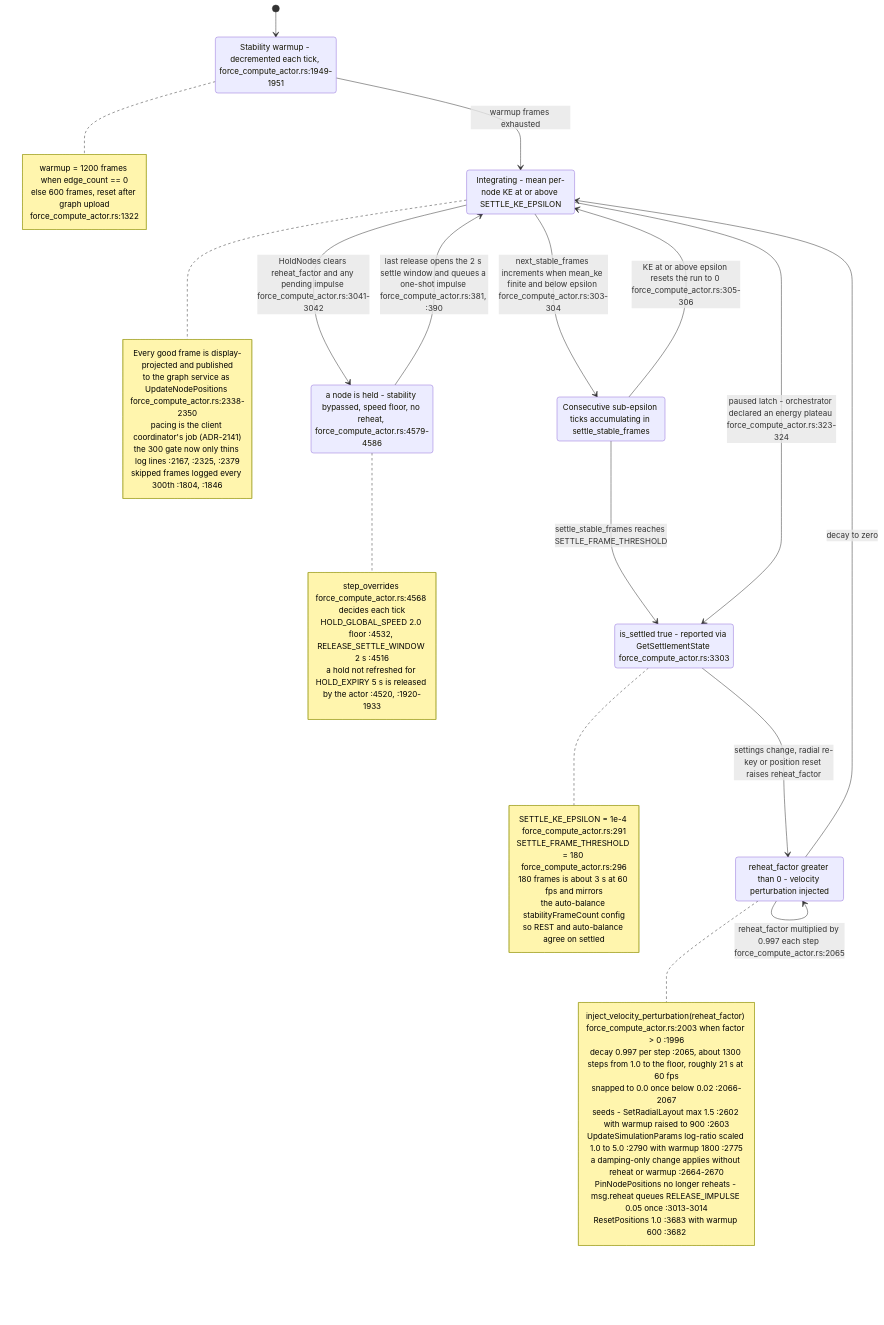
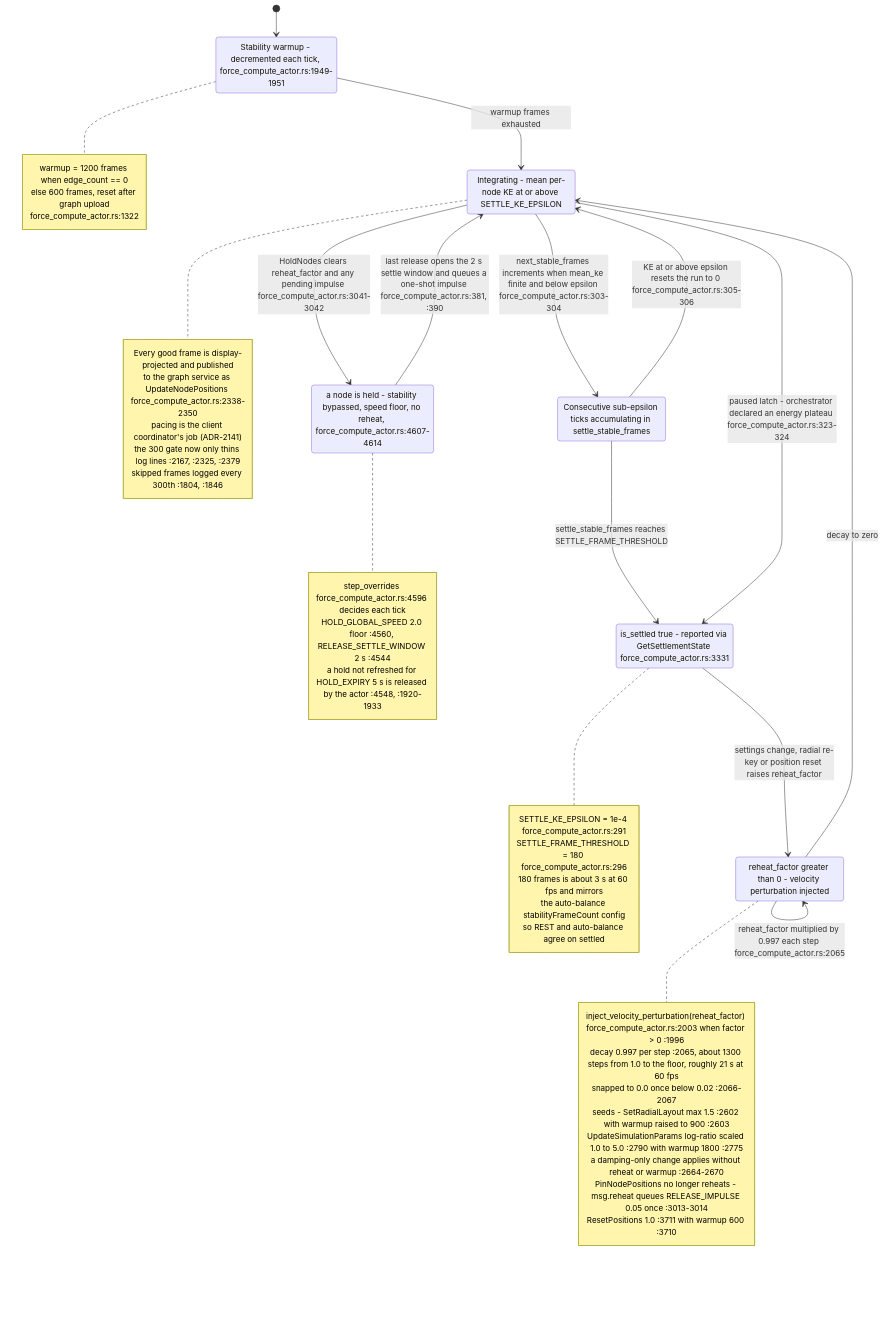
The seventh of 8 diagrams in docs/diagrams/visionclaw/11-physics-step-and-force-channels.md (DreamLab-AI/VisionFlow), drawn with Mermaid before and after one commit. The commit also changed other lines of this file and 56 other files, not shown here.

First line of the commit message:
docs(diagrams): re-verify VisionClaw topics at ec785afa9, add VC-19/56/57 and the VisionClaw register

````diff
--- a/docs/diagrams/visionclaw/11-physics-step-and-force-channels.md
+++ b/docs/diagrams/visionclaw/11-physics-step-and-force-channels.md
@@ -270,56 +277,56 @@
 ```mermaid
 stateDiagram-v2
     [*] --> Warmup
     Warmup: Stability warmup - decremented each tick, force_compute_actor.rs:1949-1951
     Active: Integrating - mean per-node KE at or above SETTLE_KE_EPSILON
     Settling: Consecutive sub-epsilon ticks accumulating in settle_stable_frames
-    Settled: is_settled true - reported via GetSettlementState force_compute_actor.rs:3303
+    Settled: is_settled true - reported via GetSettlementState force_compute_actor.rs:3331
     Reheated: reheat_factor greater than 0 - velocity perturbation injected
-    Held: a node is held - stability bypassed, speed floor, no reheat, force_compute_actor.rs:4579-4586
+    Held: a node is held - stability bypassed, speed floor, no reheat, force_compute_actor.rs:4607-4614
 
     Warmup --> Active: warmup frames exhausted
     Active --> Settling: next_stable_frames increments when mean_ke finite and below epsilon force_compute_actor.rs:303-304
     Settling --> Active: KE at or above epsilon resets the run to 0 force_compute_actor.rs:305-306
     Settling --> Settled: settle_stable_frames reaches SETTLE_FRAME_THRESHOLD
     Active --> Settled: paused latch - orchestrator declared an energy plateau force_compute_actor.rs:323-324
     Settled --> Reheated: settings change, radial re-key or position reset raises reheat_factor
     Reheated --> Active: decay to zero
     Reheated --> Reheated: reheat_factor multiplied by 0.997 each step force_compute_actor.rs:2065
     Active --> Held: HoldNodes clears reheat_factor and any pending impulse force_compute_actor.rs:3041-3042
     Held --> Active: last release opens the 2 s settle window and queues a one-shot impulse force_compute_actor.rs:381, :390
 
     note right of Warmup
         warmup = 1200 frames when edge_count == 0
         else 600 frames, reset after graph upload
         force_compute_actor.rs:1322
     end note
     note right of Settled
         SETTLE_KE_EPSILON = 1e-4 force_compute_actor.rs:291
         SETTLE_FRAME_THRESHOLD = 180 force_compute_actor.rs:296
         180 frames is about 3 s at 60 fps and mirrors
         the auto-balance stabilityFrameCount config
         so REST and auto-balance agree on settled
     end note
     note right of Reheated
         inject_velocity_perturbation(reheat_factor) force_compute_actor.rs:2003 when factor > 0 :1996
         decay 0.997 per step :2065, about 1300 steps from 1.0 to the floor, roughly 21 s at 60 fps
         snapped to 0.0 once below 0.02 :2066-2067
         seeds - SetRadialLayout max 1.5 :2602 with warmup raised to 900 :2603
         UpdateSimulationParams log-ratio scaled 1.0 to 5.0 :2790 with warmup 1800 :2775
         a damping-only change applies without reheat or warmup :2664-2670
         PinNodePositions no longer reheats - msg.reheat queues RELEASE_IMPULSE 0.05 once :3013-3014
-        ResetPositions 1.0 :3683 with warmup 600 :3682
+        ResetPositions 1.0 :3711 with warmup 600 :3710
     end note
     note right of Held
-        step_overrides force_compute_actor.rs:4568 decides each tick
-        HOLD_GLOBAL_SPEED 2.0 floor :4532, RELEASE_SETTLE_WINDOW 2 s :4516
-        a hold not refreshed for HOLD_EXPIRY 5 s is released by the actor :4520, :1920-1933
+        step_overrides force_compute_actor.rs:4596 decides each tick
+        HOLD_GLOBAL_SPEED 2.0 floor :4560, RELEASE_SETTLE_WINDOW 2 s :4544
+        a hold not refreshed for HOLD_EXPIRY 5 s is released by the actor :4548, :1920-1933
     end note
     note right of Active
         Every good frame is display-projected and published
         to the graph service as UpdateNodePositions force_compute_actor.rs:2338-2350
         pacing is the client coordinator's job (ADR-2141)
         the 300 gate now only thins log lines :2167, :2325, :2379
         skipped frames logged every 300th :1804, :1846
     end note
 ```
````
